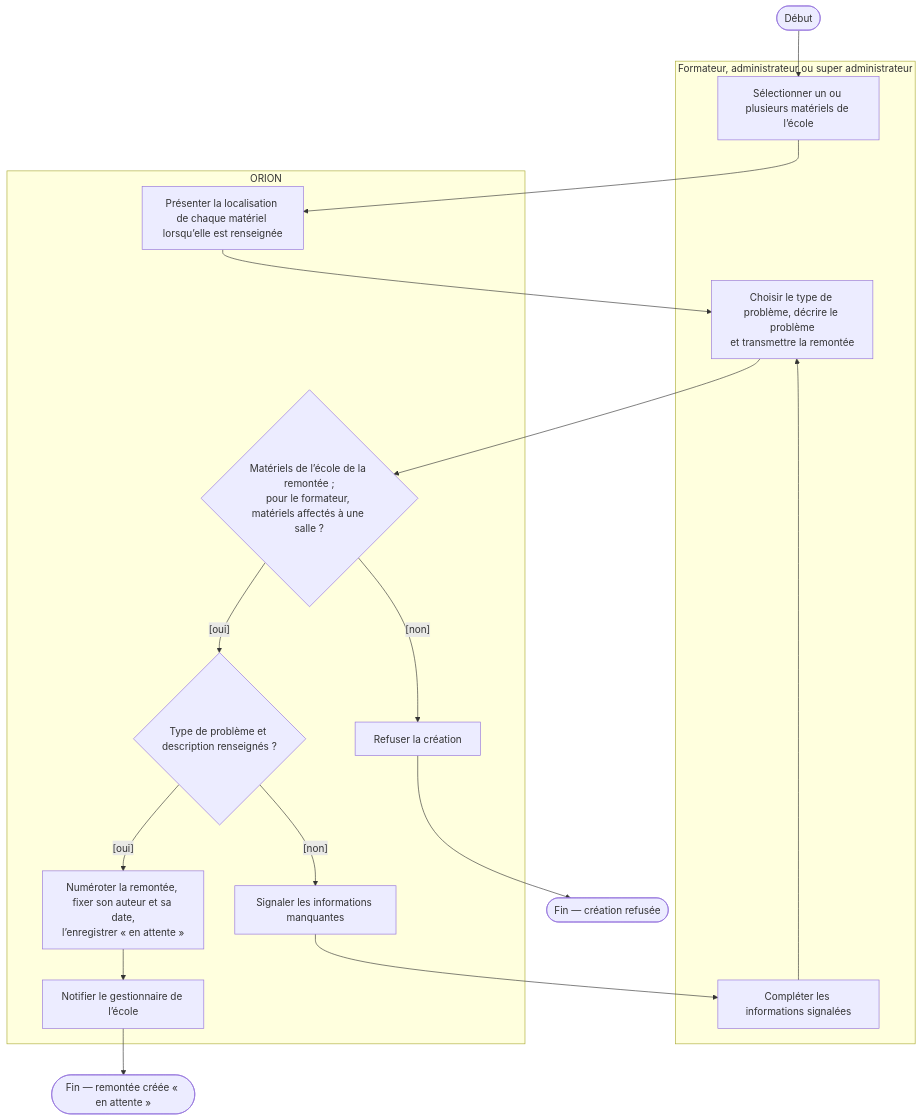
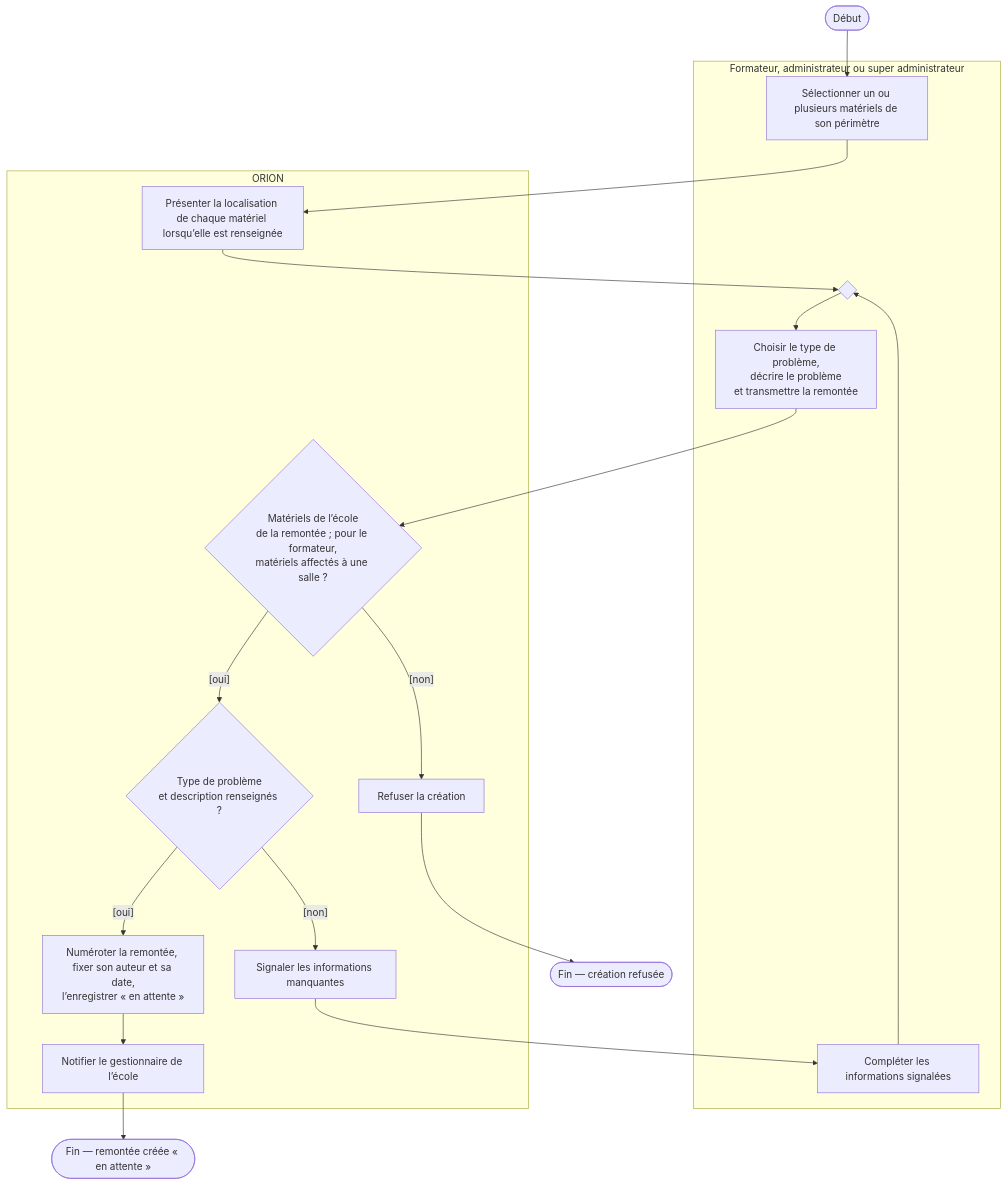
The eighth of 19 diagrams in docs/02-ANALYSE/02-CAPTURE-DES-BESOINS/08-DIAGRAMMES-ACTIVITE-CAS-UTILISATION.md (bpierrelouis/aster), drawn with Mermaid before and after one commit. The commit also changed other lines of this file and 34 other files, not shown here.

First line of the commit message:
docs(diagrammes): aligner les diagrammes UML sur le code et les remettre en page

````diff
--- a/docs/02-ANALYSE/02-CAPTURE-DES-BESOINS/08-DIAGRAMMES-ACTIVITE-CAS-UTILISATION.md
+++ b/docs/02-ANALYSE/02-CAPTURE-DES-BESOINS/08-DIAGRAMMES-ACTIVITE-CAS-UTILISATION.md
@@ -260,28 +275,29 @@
 ```mermaid
 flowchart TD
     debut(["Début"])
     fin(["Fin — remontée créée « en attente »"])
     finRefus(["Fin — création refusée"])
 
     subgraph ACTEUR["Formateur, administrateur ou super administrateur"]
-        selection["Sélectionner un ou plusieurs matériels de l’école"]
-        saisie["Choisir le type de problème, décrire le problème<br/>et transmettre la remontée"]
+        selection["Sélectionner un ou plusieurs matériels de son périmètre"]
+        fusionSaisie{" "}
+        saisie["Choisir le type de problème,<br/>décrire le problème<br/>et transmettre la remontée"]
         correction["Compléter les informations signalées"]
     end
 
     subgraph SYSTEME["ORION"]
         localisation["Présenter la localisation de chaque matériel lorsqu’elle est renseignée"]
-        controleAcces{"Matériels de l’école de la remontée ;<br/>pour le formateur, matériels affectés à une salle ?"}
-        controleDonnees{"Type de problème et description renseignés ?"}
+        controleAcces{"Matériels de l’école<br/>de la remontée ; pour le formateur,<br/>matériels affectés à une salle ?"}
+        controleDonnees{"Type de problème<br/>et description renseignés ?"}
         erreurs["Signaler les informations manquantes"]
         refus["Refuser la création"]
         enregistrer["Numéroter la remontée, fixer son auteur et sa date,<br/>l’enregistrer « en attente »"]
         notification["Notifier le gestionnaire de l’école"]
     end
 
-    debut --> selection --> localisation --> saisie --> controleAcces
+    debut --> selection --> localisation --> fusionSaisie --> saisie --> controleAcces
     controleAcces -->|"[non]"| refus --> finRefus
     controleAcces -->|"[oui]"| controleDonnees
-    controleDonnees -->|"[non]"| erreurs --> correction --> saisie
+    controleDonnees -->|"[non]"| erreurs --> correction --> fusionSaisie
     controleDonnees -->|"[oui]"| enregistrer --> notification --> fin
 ```
````
